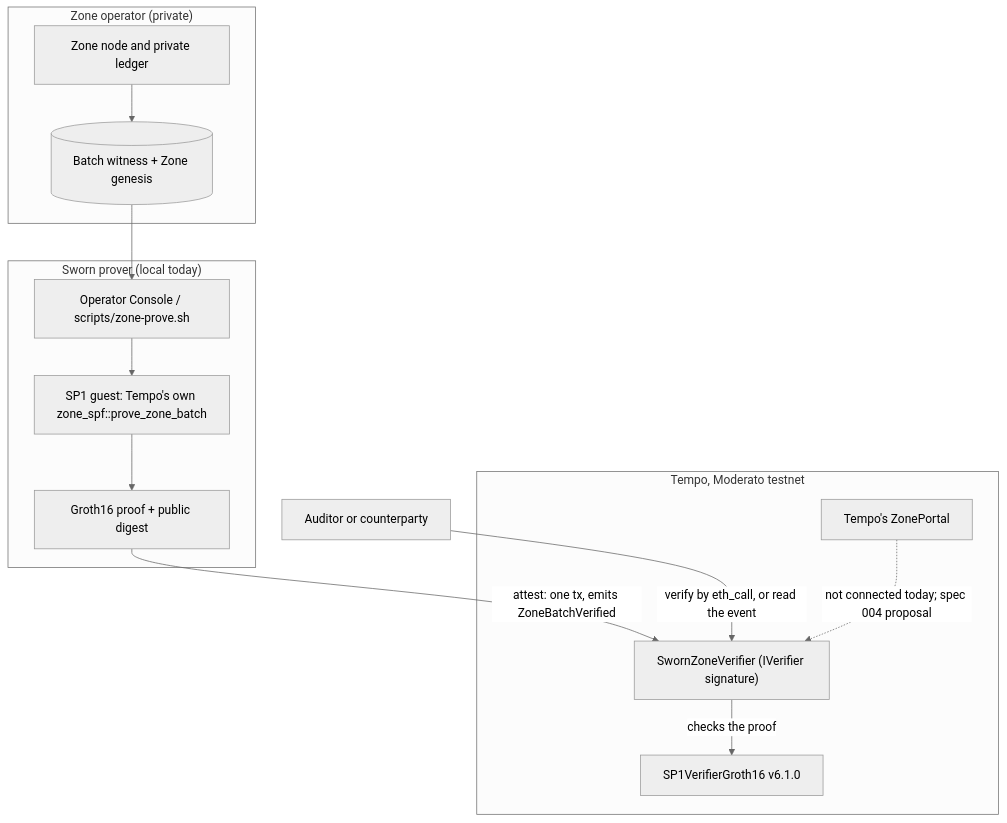
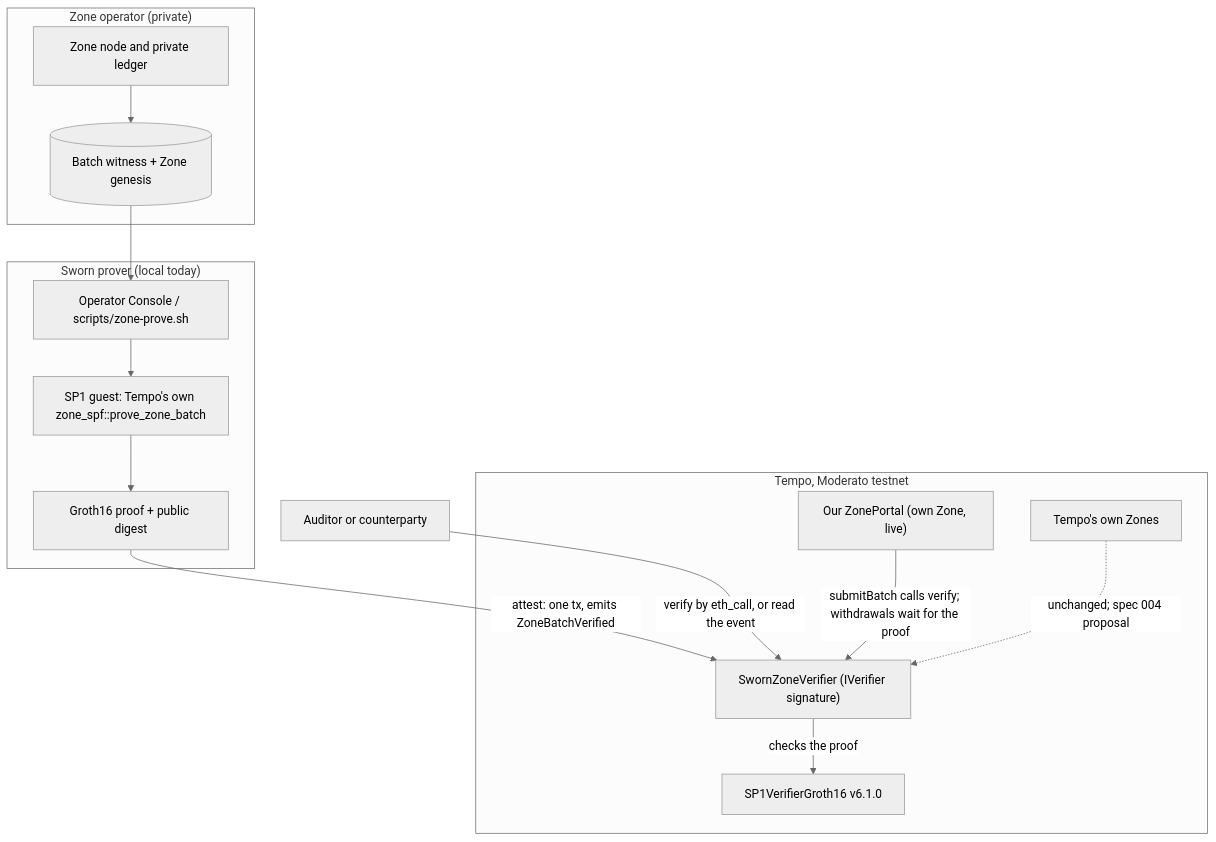
One commit to psyto/sworn changed the first of 3 diagrams in README.md. Above: the diagram before and after it, drawn with Mermaid (neutral theme). The commit also changed other lines of this file and 2 other files, not shown here.

First line of the commit message:
README, form draft, interview prep: our own Zone's portal pays a withdrawal only after the proof

````diff
--- a/README.md
+++ b/README.md
@@ -52,23 +58,25 @@
 ```mermaid
 flowchart TB
   subgraph OP["Zone operator (private)"]
     ZN["Zone node and private ledger"]
     W[("Batch witness + Zone genesis")]
   end
   subgraph SW["Sworn prover (local today)"]
     C["Operator Console / scripts/zone-prove.sh"]
     G["SP1 guest: Tempo's own zone_spf::prove_zone_batch"]
     P["Groth16 proof + public digest"]
   end
   subgraph T["Tempo, Moderato testnet"]
     V["SwornZoneVerifier (IVerifier signature)"]
     S["SP1VerifierGroth16 v6.1.0"]
-    ZP["Tempo's ZonePortal"]
+    ZP["Our ZonePortal (own Zone, live)"]
+    TZ["Tempo's own Zones"]
   end
   R["Auditor or counterparty"]
   ZN --> W --> C --> G --> P
   P -->|"attest: one tx, emits ZoneBatchVerified"| V
   V -->|"checks the proof"| S
   R -->|"verify by eth_call, or read the event"| V
-  ZP -.->|"not connected today; spec 004 proposal"| V
+  ZP -->|"submitBatch calls verify; withdrawals wait for the proof"| V
+  TZ -.->|"unchanged; spec 004 proposal"| V
 ```
````
